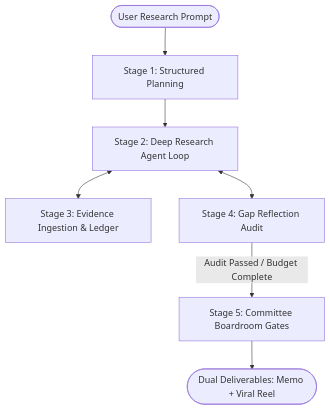
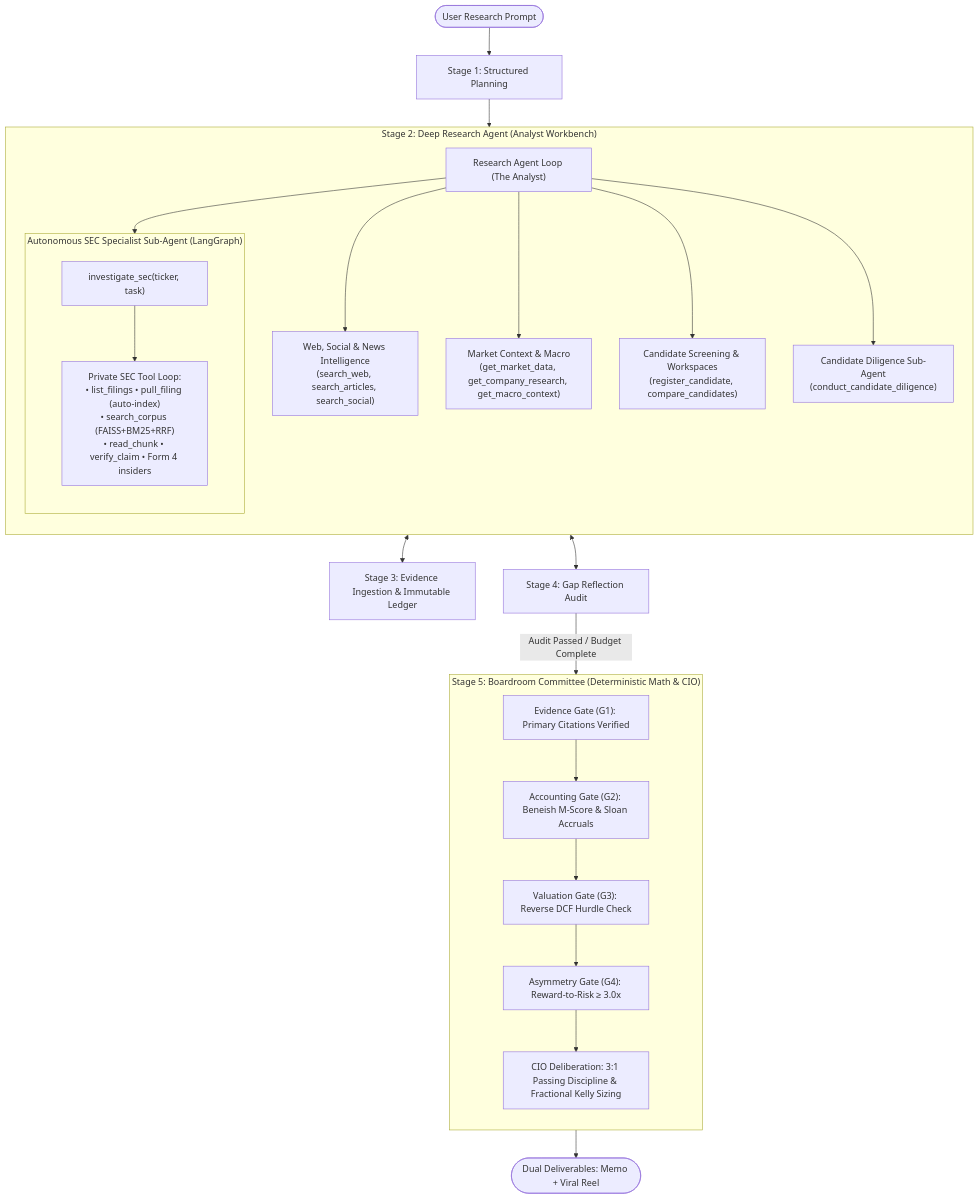
One commit to Unheat/memeTrading changed the diagram in README.md. Above: the diagram before and after it, drawn with Mermaid. The commit also changed other lines of this file and 5 other files, not shown here.

Commit message:
docs: streamline README with Kites/TradingAgents style, add doc/cli.md, and update architecture flow

````diff
--- a/README.md
+++ b/README.md
@@ -365,9 +112,44 @@
 ```mermaid
 flowchart TD
     START([User Research Prompt]) --> S1[Stage 1: Structured Planning]
     S1 --> S2[Stage 2: Deep Research Agent Loop]
-    S2 <--> S3[Stage 3: Evidence Ingestion & Ledger]
+
+    subgraph S2["Stage 2: Deep Research Agent (Analyst Workbench)"]
+        direction TB
+        EXEC["Research Agent Loop (The Analyst)"]
+        
+        T_DISC["Web, Social & News Intelligence<br/>(search_web, search_articles, search_social)"]
+        T_MKT["Market Context & Macro<br/>(get_market_data, get_company_research, get_macro_context)"]
+        T_CAND["Candidate Screening & Workspaces<br/>(register_candidate, compare_candidates)"]
+        T_DIL["Candidate Diligence Sub-Agent<br/>(conduct_candidate_diligence)"]
+
+        subgraph SEC_SPECIALIST["Autonomous SEC Specialist Sub-Agent (LangGraph)"]
+            direction TB
+            sec_entry["investigate_sec(ticker, task)"]
+            sec_tools["Private SEC Tool Loop:<br/>• list_filings • pull_filing (auto-index)<br/>• search_corpus (FAISS+BM25+RRF)<br/>• read_chunk • verify_claim • Form 4 insiders"]
+            sec_entry --> sec_tools
+        end
+
+        EXEC --> T_DISC
+        EXEC --> T_MKT
+        EXEC --> T_CAND
+        EXEC --> T_DIL
+        EXEC --> sec_entry
+    end
+
+    S2 <--> S3[Stage 3: Evidence Ingestion & Immutable Ledger]
     S2 <--> S4[Stage 4: Gap Reflection Audit]
     S4 -->|Audit Passed / Budget Complete| S5[Stage 5: Committee Boardroom Gates]
+
+    subgraph S5["Stage 5: Boardroom Committee (Deterministic Math & CIO)"]
+        direction TB
+        G1["Evidence Gate (G1): Primary Citations Verified"]
+        G2["Accounting Gate (G2): Beneish M-Score & Sloan Accruals"]
+        G3["Valuation Gate (G3): Reverse DCF Hurdle Check"]
+        G4["Asymmetry Gate (G4): Reward-to-Risk ≥ 3.0x"]
+        CIO["CIO Deliberation: 3:1 Passing Discipline & Fractional Kelly Sizing"]
+        G1 --> G2 --> G3 --> G4 --> CIO
+    end
+
     S5 --> END([Dual Deliverables: Memo + Viral Reel])
 ```
````
